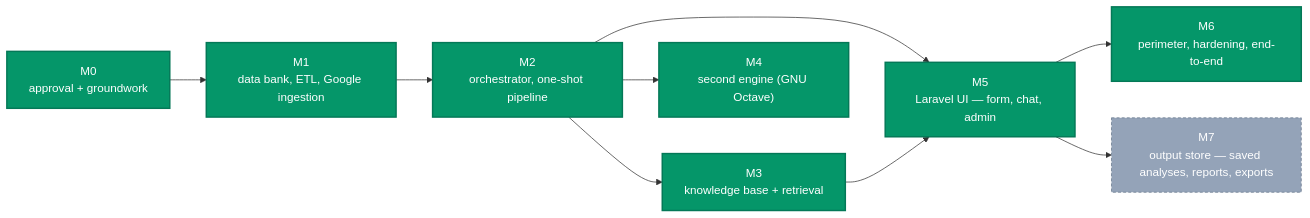
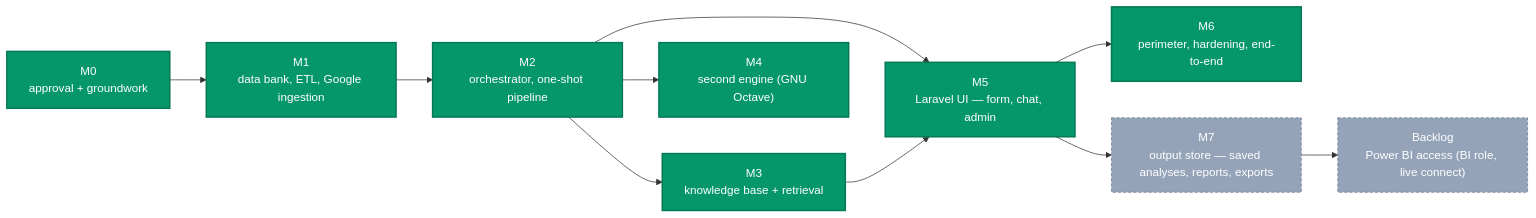
The diagram in ROADMAP.md (SubhanRaj/excise-mcp-dashboard), drawn with Mermaid before and after one commit. The commit also changed other lines of this file and 12 other files, not shown here.

````diff
--- a/ROADMAP.md
+++ b/ROADMAP.md
@@ -29,22 +38,24 @@
 ```mermaid
 flowchart LR
     classDef mvp fill:#059669,stroke:#047857,stroke-width:2px,color:#fff
     classDef post fill:#94a3b8,stroke:#64748b,stroke-width:1px,color:#fff,stroke-dasharray:4 3
 
     M0["M0<br/>approval + groundwork"]:::mvp
     M1["M1<br/>data bank, ETL, Google ingestion"]:::mvp
     M2["M2<br/>orchestrator, one-shot pipeline"]:::mvp
     M3["M3<br/>knowledge base + retrieval"]:::mvp
     M4["M4<br/>second engine (GNU Octave)"]:::mvp
     M5["M5<br/>Laravel UI — form, chat, admin"]:::mvp
     M6["M6<br/>perimeter, hardening, end-to-end"]:::mvp
     M7["M7<br/>output store — saved analyses, reports, exports"]:::post
+    PBI["Backlog<br/>Power BI access (BI role, live connect)"]:::post
 
     M0 --> M1 --> M2
     M2 --> M3
     M2 --> M4
     M2 --> M5
     M3 --> M5
     M5 --> M6
     M5 --> M7
+    M7 --> PBI
 ```
````
